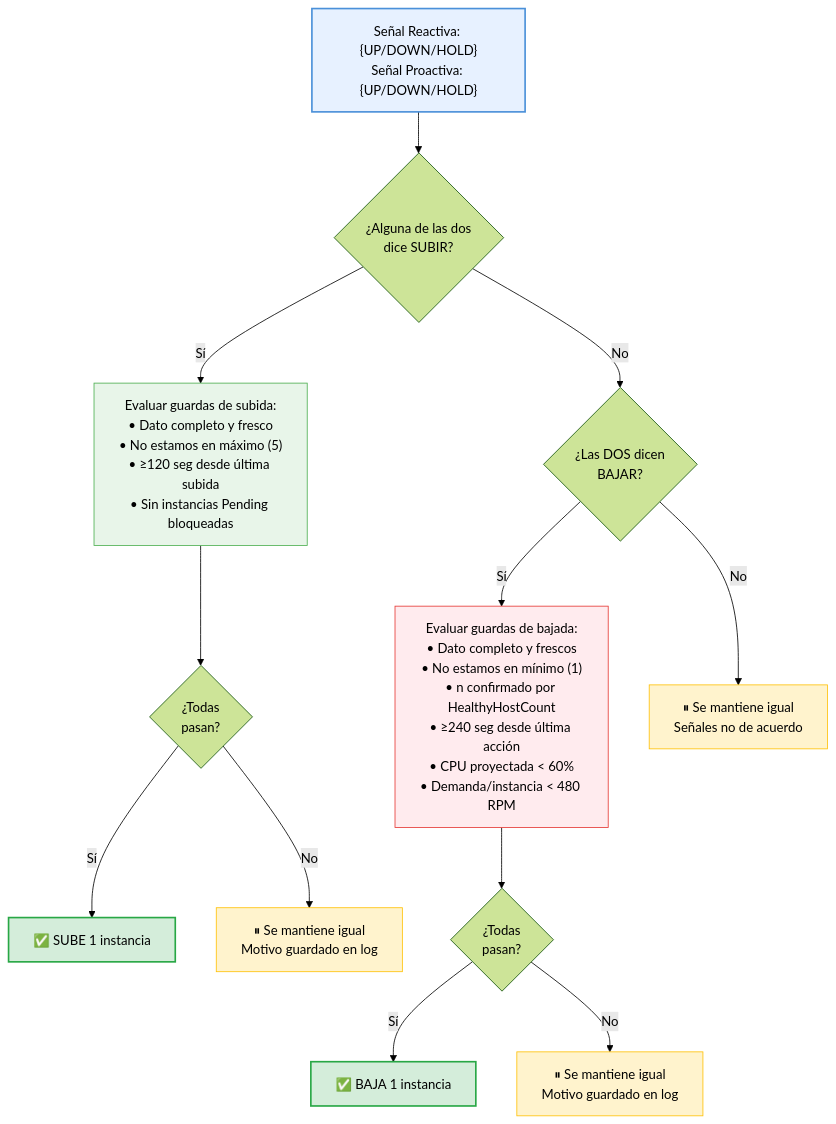
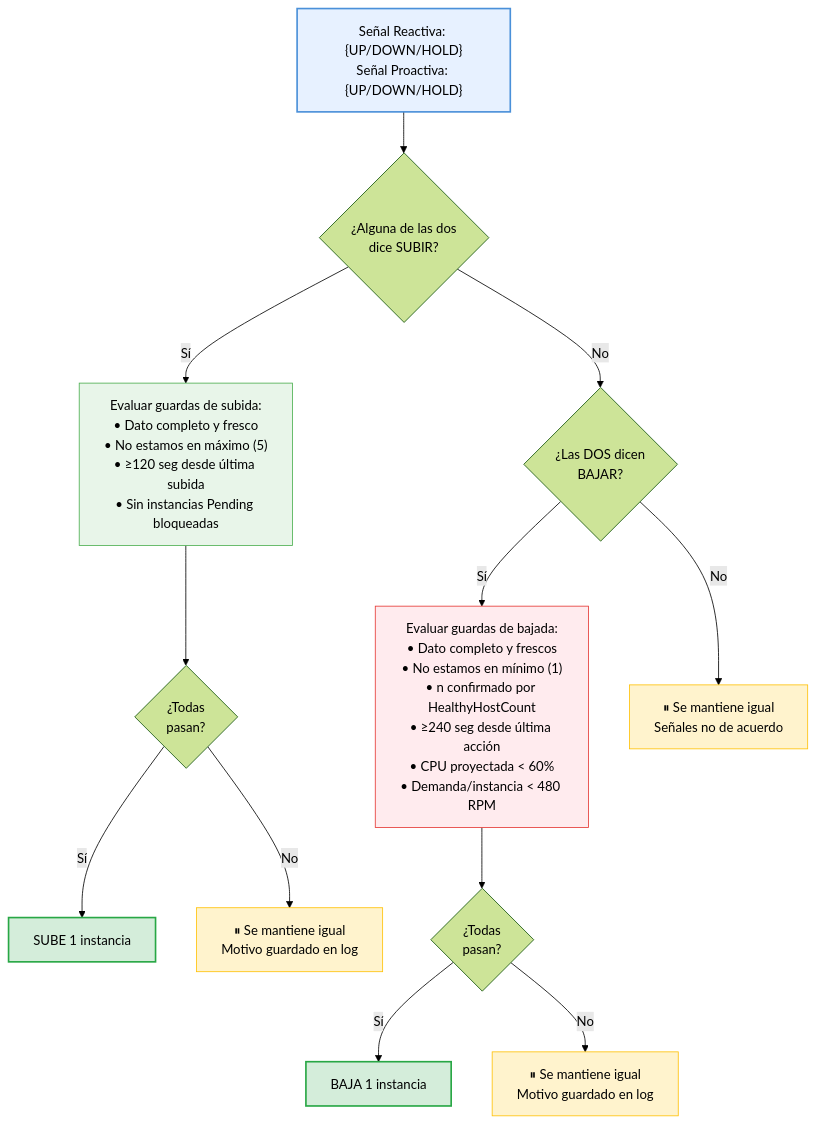
One commit to Lauraindabur/auto-scaling-controller changed the fourth of 4 diagrams in README.md. Above: the diagram before and after it, drawn with Mermaid (forest theme). The commit also changed other lines of this file, not shown here.

````diff
--- a/README.md
+++ b/README.md
@@ -274,28 +274,28 @@
 ```mermaid
 flowchart TD
     START["Señal Reactiva: {UP/DOWN/HOLD}<br/>Señal Proactiva: {UP/DOWN/HOLD}"] --> Q1{"¿Alguna de las dos<br/>dice SUBIR?"}
     
     Q1 -->|No| Q2{"¿Las DOS dicen<br/>BAJAR?"}
     Q1 -->|Sí| G1["Evaluar guardas de subida:<br/>• Dato completo y fresco<br/>• No estamos en máximo (5)<br/>• ≥120 seg desde última subida<br/>• Sin instancias Pending bloqueadas"]
     
     G1 --> G1R{"¿Todas<br/>pasan?"}
-    G1R -->|Sí| UP["✅ SUBE 1 instancia"]
+    G1R -->|Sí| UP[" SUBE 1 instancia"]
     G1R -->|No| WAIT1["⏸ Se mantiene igual<br/>Motivo guardado en log"]
     
     Q2 -->|Sí| G2["Evaluar guardas de bajada:<br/>• Dato completo y frescos<br/>• No estamos en mínimo (1)<br/>• n confirmado por HealthyHostCount<br/>• ≥240 seg desde última acción<br/>• CPU proyectada < 60%<br/>• Demanda/instancia < 480 RPM"]
     
     G2 --> G2R{"¿Todas<br/>pasan?"}
-    G2R -->|Sí| DOWN["✅ BAJA 1 instancia"]
+    G2R -->|Sí| DOWN[" BAJA 1 instancia"]
     G2R -->|No| WAIT2["⏸ Se mantiene igual<br/>Motivo guardado en log"]
     
     Q2 -->|No| WAIT3["⏸ Se mantiene igual<br/>Señales no de acuerdo"]
     
     style UP fill:#d4edda,stroke:#28a745,stroke-width:2px
     style DOWN fill:#d4edda,stroke:#28a745,stroke-width:2px
     style WAIT1 fill:#fff3cd,stroke:#ffc107,stroke-width:1px
     style WAIT2 fill:#fff3cd,stroke:#ffc107,stroke-width:1px
     style WAIT3 fill:#fff3cd,stroke:#ffc107,stroke-width:1px
     style G1 fill:#e8f5e9,stroke:#4caf50
     style G2 fill:#ffebee,stroke:#e53935
     style START fill:#e7f1ff,stroke:#4a90d9,stroke-width:2px
 ```
````
